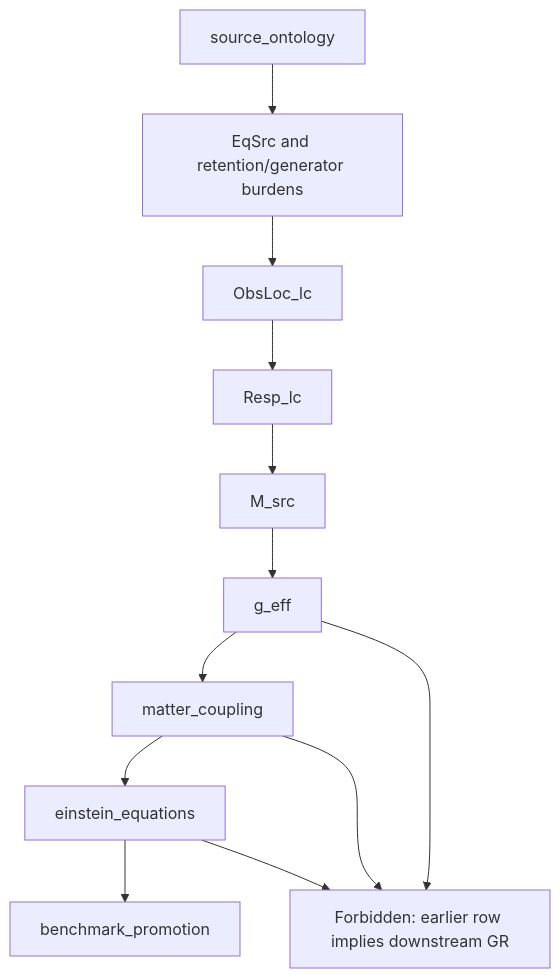
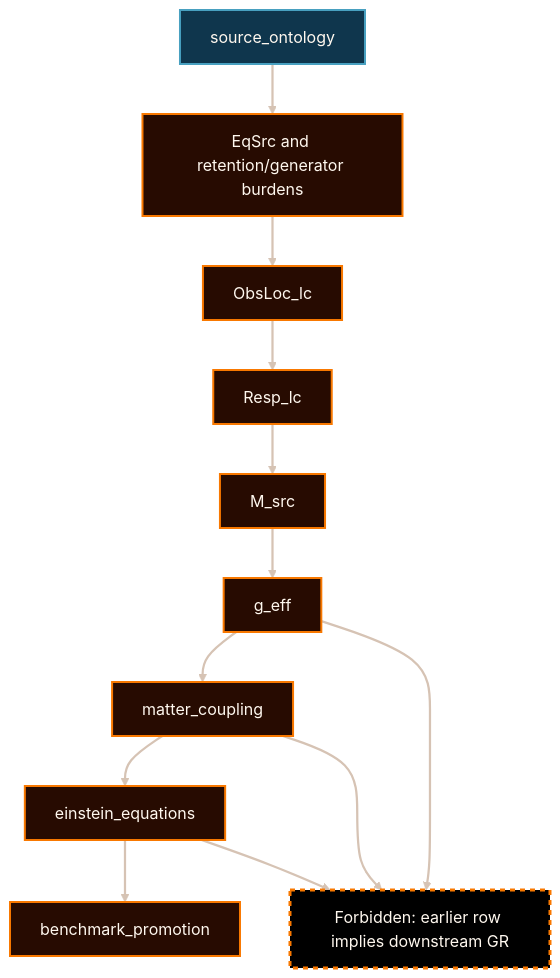
The diagram in docs/content-dossiers/physics-gr-derivation-roadmap/diagrams/burden-ladder.mmd (AngryOwlAI/The-AEther-Flow-Website), drawn with Mermaid before and after one commit. The commit also changed 60 other files, not shown here.

```diff
--- a/docs/content-dossiers/physics-gr-derivation-roadmap/diagrams/burden-ladder.mmd
+++ b/docs/content-dossiers/physics-gr-derivation-roadmap/diagrams/burden-ladder.mmd
@@ -1,16 +1,50 @@
+---
+config:
+  theme: base
+  themeVariables:
+    darkMode: true
+    background: "#000000"
+    primaryColor: "#050403"
+    primaryTextColor: "#fff8ef"
+    primaryBorderColor: "#d6c3b4"
+    lineColor: "#d6c3b4"
+    fontFamily: "Inter, ui-sans-serif, system-ui, -apple-system, BlinkMacSystemFont, Segoe UI, sans-serif"
+    fontSize: "16px"
+    clusterBkg: "#080401"
+    clusterBorder: "#d6c3b4"
+    edgeLabelBackground: "#000000"
+---
+
 flowchart TD
   Source["source_ontology"]
   EqSrc["EqSrc and retention/generator burdens"]
   Obs["ObsLoc_lc"]
   Resp["Resp_lc"]
   Msrc["M_src"]
   Geff["g_eff"]
   Matter["matter_coupling"]
   Einstein["einstein_equations"]
   Promotion["benchmark_promotion"]
   Boundary["Forbidden: earlier row implies downstream GR"]
 
   Source --> EqSrc --> Obs --> Resp --> Msrc --> Geff --> Matter --> Einstein --> Promotion
   Geff --> Boundary
   Matter --> Boundary
   Einstein --> Boundary
+
+  classDef default fill:#050403,stroke:#d6c3b4,color:#fff8ef,stroke-width:1.5px;
+  classDef source fill:#0f364d,stroke:#48a0c0,color:#fff8ef,stroke-width:2px;
+  classDef control fill:#270b01,stroke:#f87800,color:#fff8ef,stroke-width:2px;
+  classDef bridge fill:#164964,stroke:#f4d6a1,color:#fff8ef,stroke-width:2px;
+  classDef decision fill:#702000,stroke:#f87800,color:#fff8ef,stroke-width:2.25px;
+  classDef target fill:#2d7ea0,stroke:#f4d6a1,color:#ffffff,stroke-width:2px;
+  classDef success fill:#164964,stroke:#48a0c0,color:#fff8ef,stroke-width:2px;
+  classDef risk fill:#702000,stroke:#f87800,color:#fff8ef,stroke-width:2px,stroke-dasharray: 5 5;
+  classDef boundary fill:#000000,stroke:#f87800,color:#fff8ef,stroke-width:3px,stroke-dasharray: 5 5;
+  classDef external fill:#080401,stroke:#f4d6a1,color:#fff8ef,stroke-width:2px;
+
+  class Boundary boundary;
+  class Einstein,EqSrc,Geff,Matter,Msrc,Obs,Promotion,Resp control;
+  class Source source;
+
+  linkStyle default stroke:#d6c3b4,stroke-width:2.25px;
```
